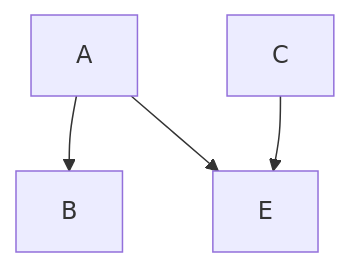
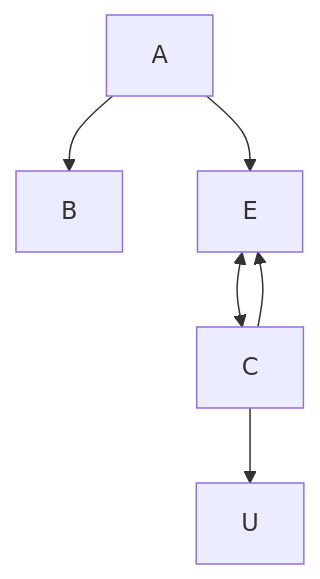
One commit to estebanrcr/FullStackOpen changed the diagram in Part-0/0.4-Diagrama-de-nota.markdown. Above: the diagram before and after it, drawn with Mermaid.

````diff
--- a/Part-0/0.4-Diagrama-de-nota.markdown
+++ b/Part-0/0.4-Diagrama-de-nota.markdown
@@ -1,7 +1,7 @@
 ```mermaid
 graph TD
-A-->B
-C-->E
-A-->E
+A-->B;
+C-->E;
+A-->E<-->C-->U;
 
 ```
````
